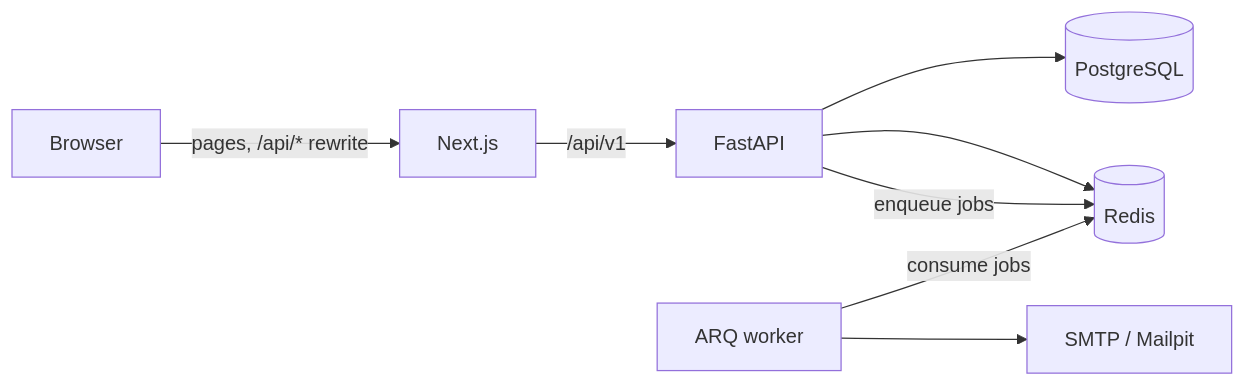
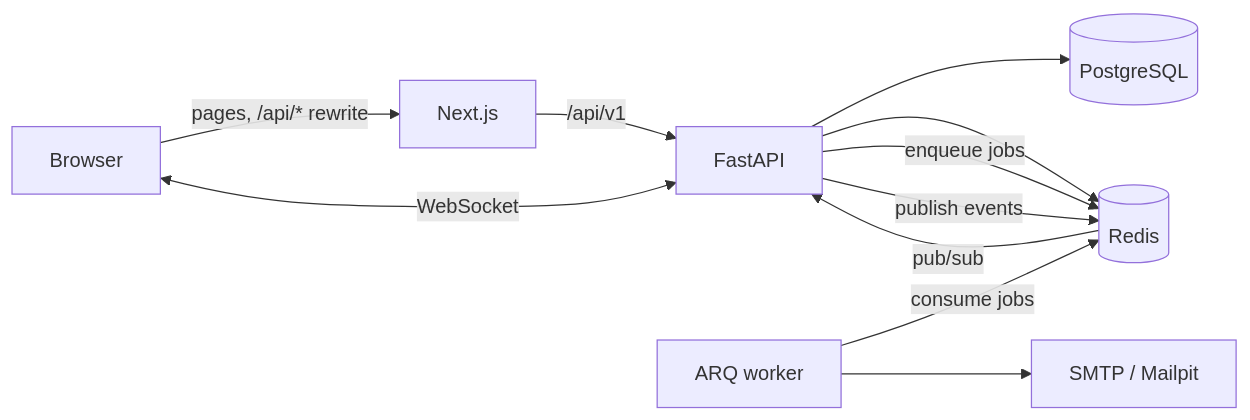
Before and after one commit to PSkrzyp11/AutoServis: the diagram in README.md, drawn with Mermaid. The commit also changed other lines of this file and 61 other files, not shown here.

````diff
--- a/README.md
+++ b/README.md
@@ -113,10 +113,13 @@
 ```mermaid
 flowchart LR
     Browser -->|"pages, /api/* rewrite"| Next[Next.js]
     Next -->|"/api/v1"| API[FastAPI]
     API --> Postgres[(PostgreSQL)]
     API --> Redis[(Redis)]
     API -->|enqueue jobs| Redis
     Worker[ARQ worker] -->|consume jobs| Redis
     Worker --> Mailpit[SMTP / Mailpit]
+    API -->|publish events| Redis
+    Redis -->|pub/sub| API
+    Browser <-->|WebSocket| API
 ```
````
